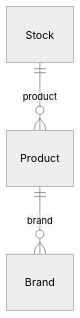
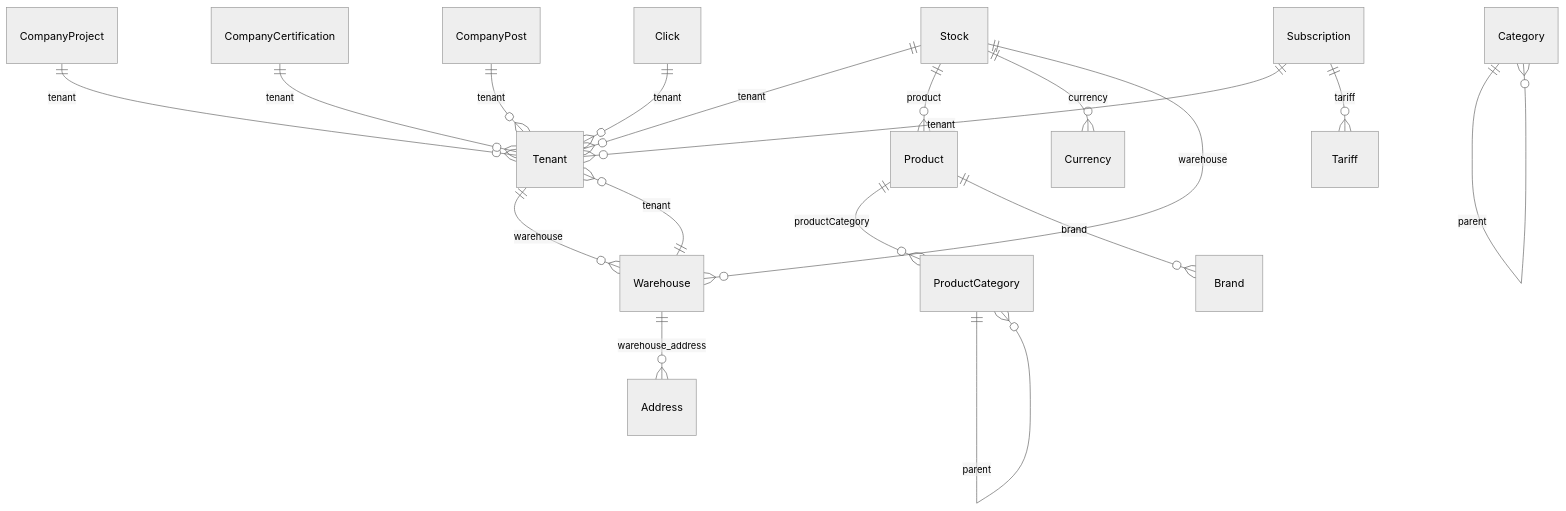
One commit to RuslanKharisov/payload-domain-inspector changed the diagram in domain/domain.er.mmd. Above: the diagram before and after it, drawn with Mermaid (neutral theme). The commit also changed 7 other files, not shown here.

Commit message:
feat: parse real payload-types and generate domain schema/summary

```diff
--- a/domain/domain.er.mmd
+++ b/domain/domain.er.mmd
@@ -1,4 +1,19 @@
 %% Auto-generated by payload-domain-inspector
 erDiagram
+  Product ||--o{ ProductCategory : "productCategory"
   Product ||--o{ Brand : "brand"
+  ProductCategory ||--o{ ProductCategory : "parent"
+  Category ||--o{ Category : "parent"
+  Tenant ||--o{ Warehouse : "warehouse"
+  Warehouse ||--o{ Tenant : "tenant"
+  Warehouse ||--o{ Address : "warehouse_address"
+  Stock ||--o{ Tenant : "tenant"
   Stock ||--o{ Product : "product"
+  Stock ||--o{ Currency : "currency"
+  Stock ||--o{ Warehouse : "warehouse"
+  CompanyProject ||--o{ Tenant : "tenant"
+  CompanyCertification ||--o{ Tenant : "tenant"
+  CompanyPost ||--o{ Tenant : "tenant"
+  Subscription ||--o{ Tenant : "tenant"
+  Subscription ||--o{ Tariff : "tariff"
+  Click ||--o{ Tenant : "tenant"
```
